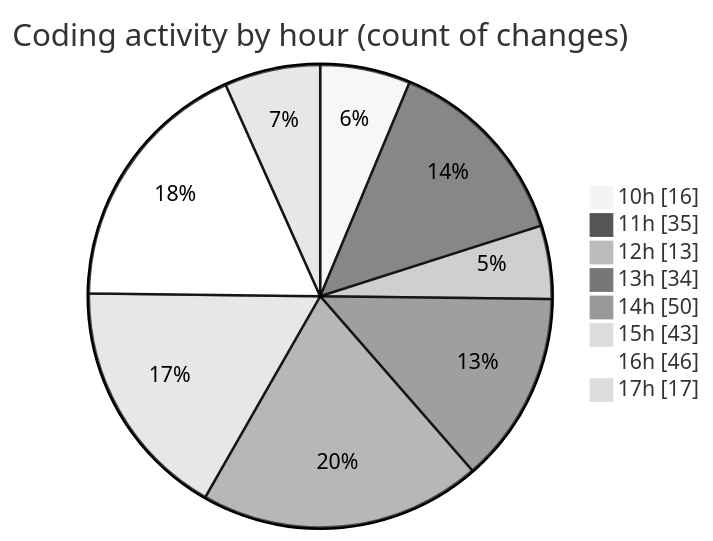
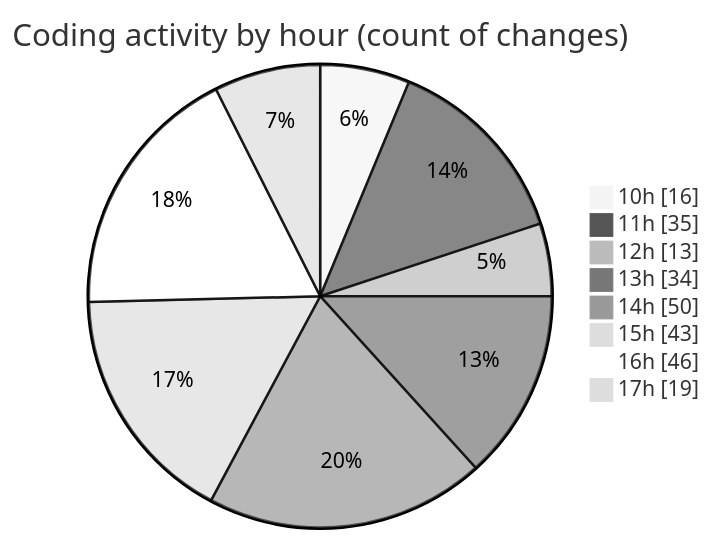
The second of 2 diagrams in 2025-02-20/micros/README.md (charlie-sans/code-tracking), drawn with Mermaid (neutral theme) before and after one commit. The commit also changed other lines of this file and 1 other file, not shown here.

````diff
--- a/2025-02-20/micros/README.md
+++ b/2025-02-20/micros/README.md
@@ -70,12 +70,12 @@
 ```mermaid
 pie showData
 title Coding activity by hour (count of changes)
 "10h" : 16
 "11h" : 35
 "12h" : 13
 "13h" : 34
 "14h" : 50
 "15h" : 43
 "16h" : 46
-"17h" : 17
+"17h" : 19
 ```
````
